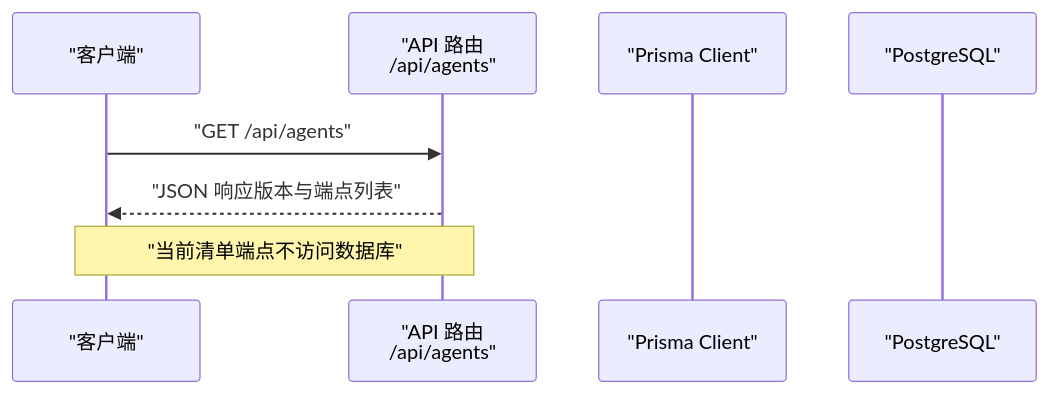
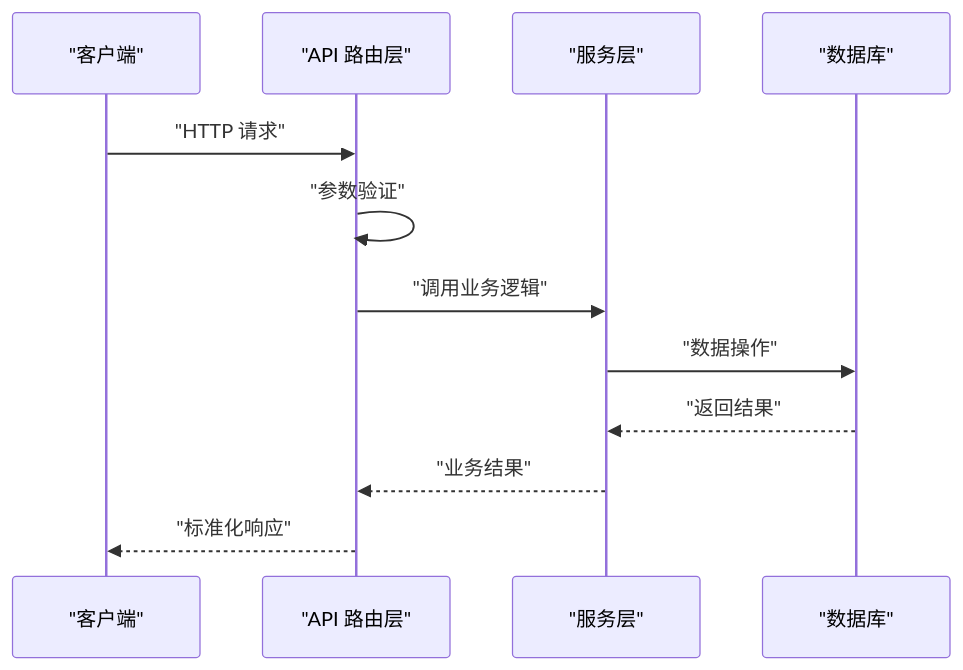
Before and after one commit to ai-guru-global/agent-up: the second of 4 diagrams in .qoder/repowiki/zh/content/API 接口文档.md, drawn with Mermaid. The commit also changed other lines of this file and 57 other files, not shown here.

````diff
--- a/.qoder/repowiki/zh/content/API 接口文档.md
+++ b/.qoder/repowiki/zh/content/API 接口文档.md
@@ -73,10 +89,14 @@
 ```mermaid
 sequenceDiagram
 participant C as "客户端"
-participant A as "API 路由<br/>/api/agents"
-participant P as "Prisma Client"
-participant D as "PostgreSQL"
-C->>A : "GET /api/agents"
-A-->>C : "JSON 响应版本与端点列表"
-Note over A,C : "当前清单端点不访问数据库"
+participant R as "API 路由层"
+participant S as "服务层"
+participant D as "数据库"
+C->>R : "HTTP 请求"
+R->>R : "参数验证"
+R->>S : "调用业务逻辑"
+S->>D : "数据操作"
+D-->>S : "返回结果"
+S-->>R : "业务结果"
+R-->>C : "标准化响应"
 ```
````
